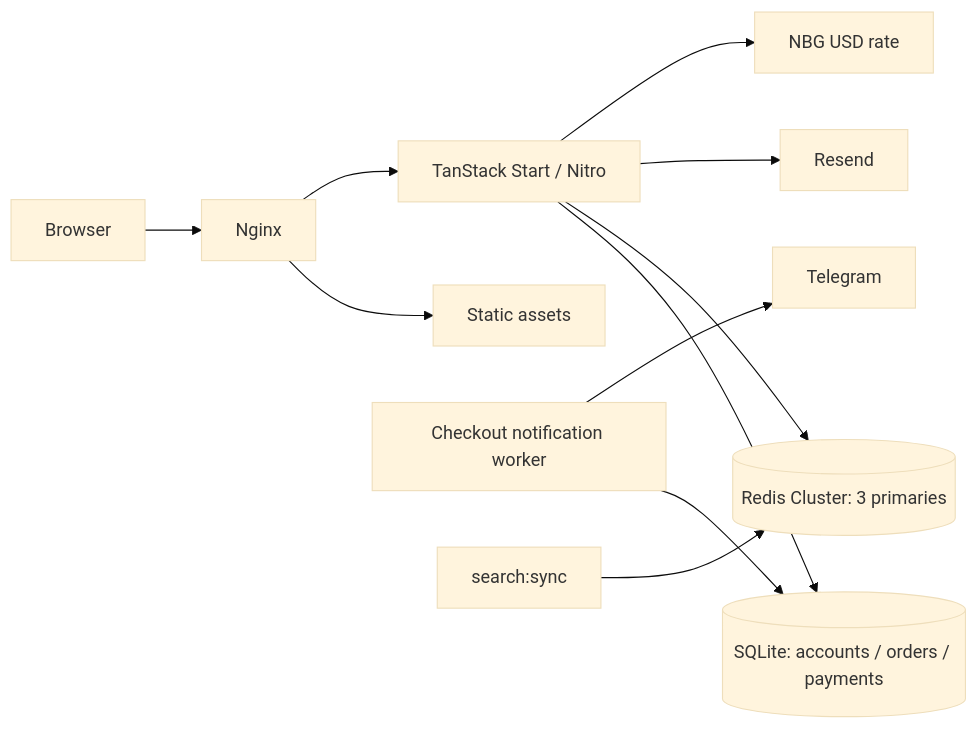
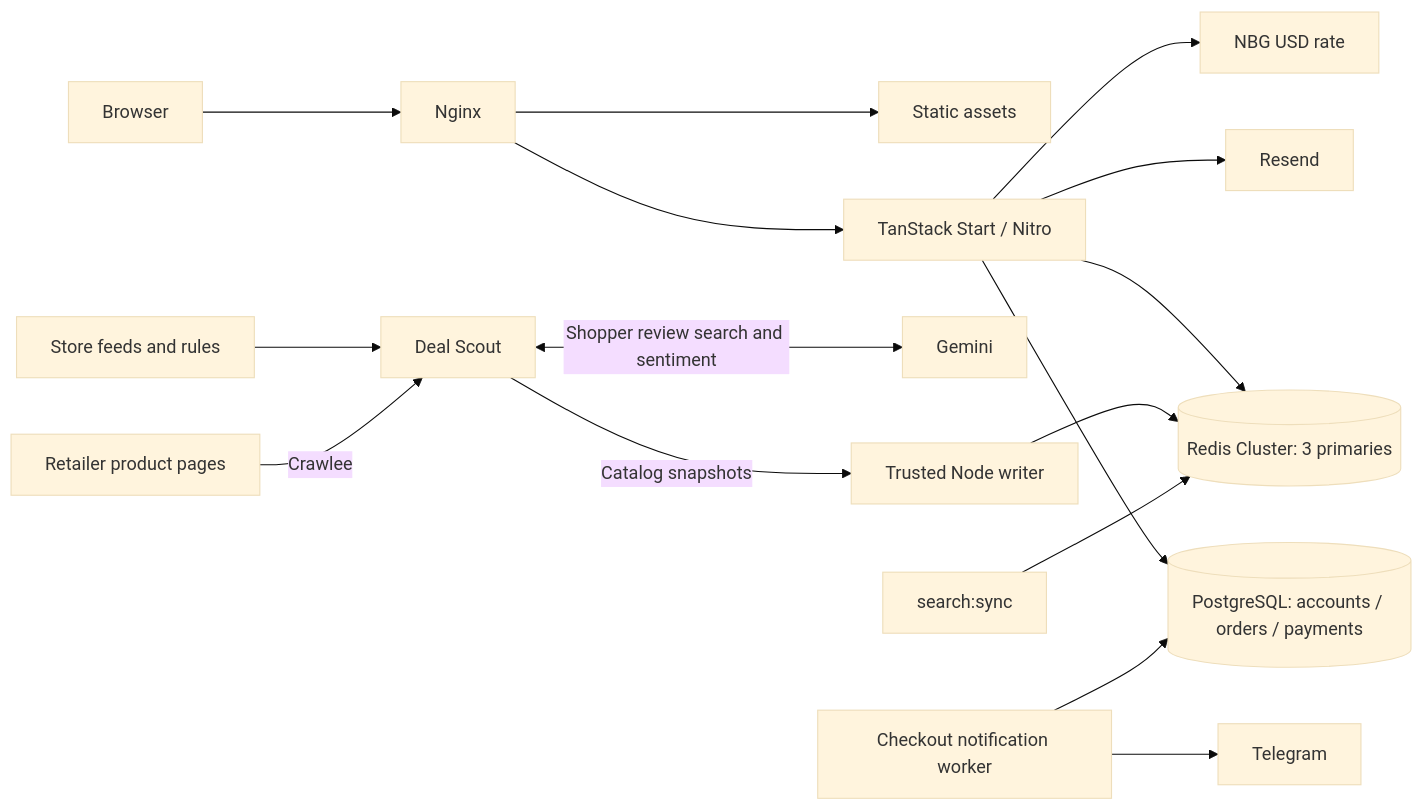
One commit to zipwit/zipwit-shop changed the first of 2 diagrams in README.md. Above: the diagram before and after it, drawn with Mermaid (base theme). The commit also changed other lines of this file and 5 other files, not shown here.

Commit message:
chore(infra): wire PostgreSQL and Deal Scout into Docker and CI

````diff
--- a/README.md
+++ b/README.md
@@ -93,13 +96,18 @@
 ```mermaid
 flowchart LR
     Browser --> Nginx
     Nginx --> Assets[Static assets]
     Nginx --> App[TanStack Start / Nitro]
-    App --> SQL[(SQLite: accounts / orders / payments)]
+    App --> SQL[(PostgreSQL: accounts / orders / payments)]
     App --> Redis[(Redis Cluster: 3 primaries)]
     App --> Email[Resend]
     App --> Rates[NBG USD rate]
+    Feeds[Store feeds and rules] --> Catalog[Deal Scout]
+    Retailers[Retailer product pages] -->|Crawlee| Catalog
+    Catalog <-->|Shopper review search and sentiment| Gemini
+    Catalog -->|Catalog snapshots| Writer[Trusted Node writer]
+    Writer --> Redis
     Worker[Checkout notification worker] --> SQL
     Worker --> Telegram[Telegram]
     Sync[search:sync] --> Redis
 ```
````
